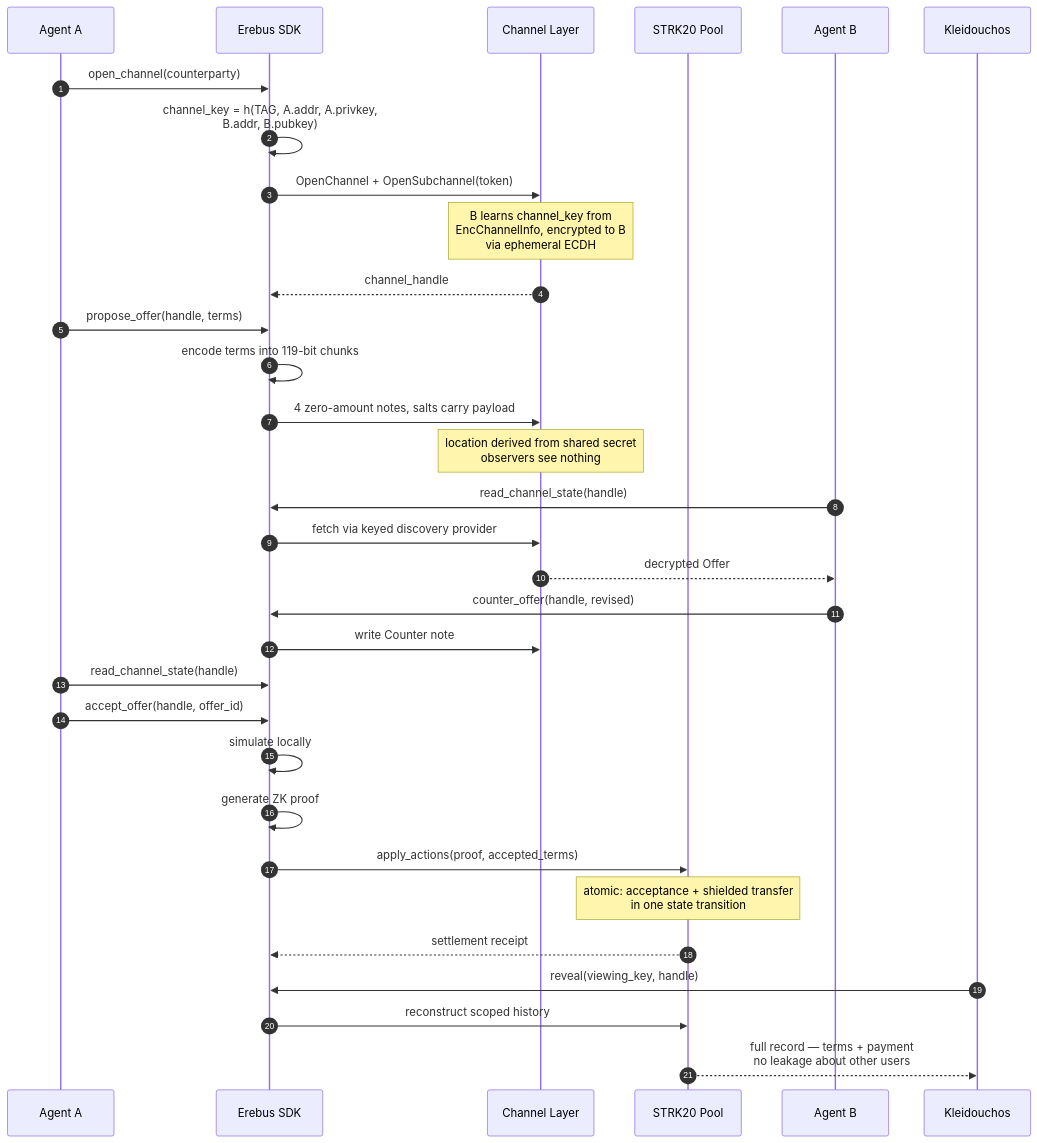
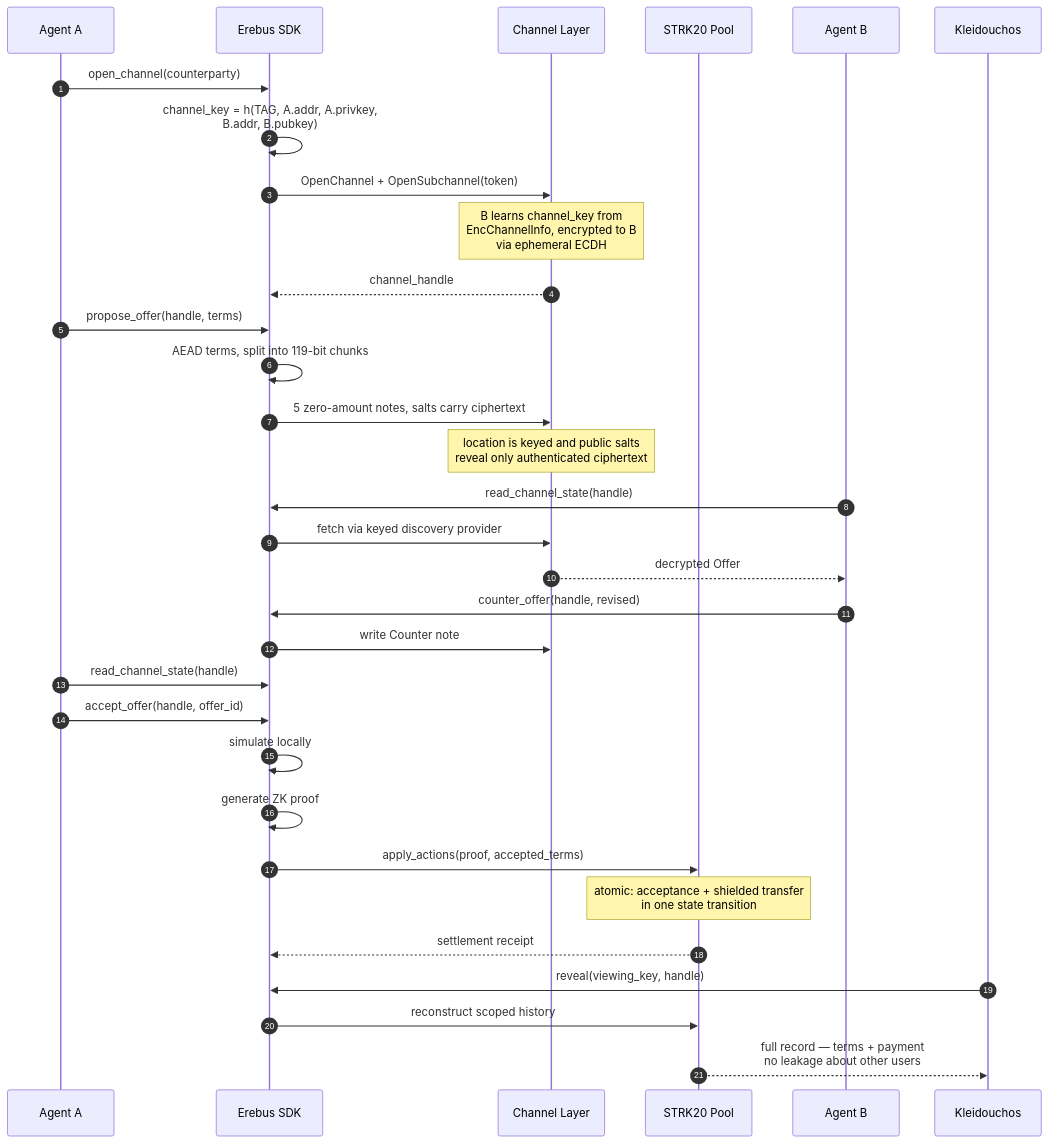
The second of 3 diagrams in ARCHITECTURE.md (PoulavBhowmick03/Erebus), drawn with Mermaid before and after one commit. The commit also changed other lines of this file and 27 other files, not shown here.

````diff
--- a/ARCHITECTURE.md
+++ b/ARCHITECTURE.md
@@ -78,40 +78,40 @@
 ```mermaid
 sequenceDiagram
     autonumber
     participant A as Agent A
     participant SDK as Erebus SDK
     participant CH as Channel Layer
     participant POOL as STRK20 Pool
     participant B as Agent B
     participant K as Kleidouchos
 
     A->>SDK: open_channel(counterparty)
     SDK->>SDK: channel_key = h(TAG, A.addr, A.privkey,<br/>B.addr, B.pubkey)
     SDK->>CH: OpenChannel + OpenSubchannel(token)
     Note over CH: B learns channel_key from<br/>EncChannelInfo, encrypted to B<br/>via ephemeral ECDH
     CH-->>SDK: channel_handle
 
     A->>SDK: propose_offer(handle, terms)
-    SDK->>SDK: encode terms into 119-bit chunks
-    SDK->>CH: 4 zero-amount notes, salts carry payload
-    Note over CH: location derived from shared secret<br/>observers see nothing
+    SDK->>SDK: AEAD terms, split into 119-bit chunks
+    SDK->>CH: 5 zero-amount notes, salts carry ciphertext
+    Note over CH: location is keyed and public salts<br/>reveal only authenticated ciphertext
 
     B->>SDK: read_channel_state(handle)
     SDK->>CH: fetch via keyed discovery provider
     CH-->>B: decrypted Offer
 
     B->>SDK: counter_offer(handle, revised)
     SDK->>CH: write Counter note
     A->>SDK: read_channel_state(handle)
     A->>SDK: accept_offer(handle, offer_id)
 
     SDK->>SDK: simulate locally
     SDK->>SDK: generate ZK proof
     SDK->>POOL: apply_actions(proof, accepted_terms)
     Note over POOL: atomic: acceptance + shielded transfer<br/>in one state transition
     POOL-->>SDK: settlement receipt
 
     K->>SDK: reveal(viewing_key, handle)
     SDK->>POOL: reconstruct scoped history
     POOL-->>K: full record — terms + payment<br/>no leakage about other users
 ```
````
